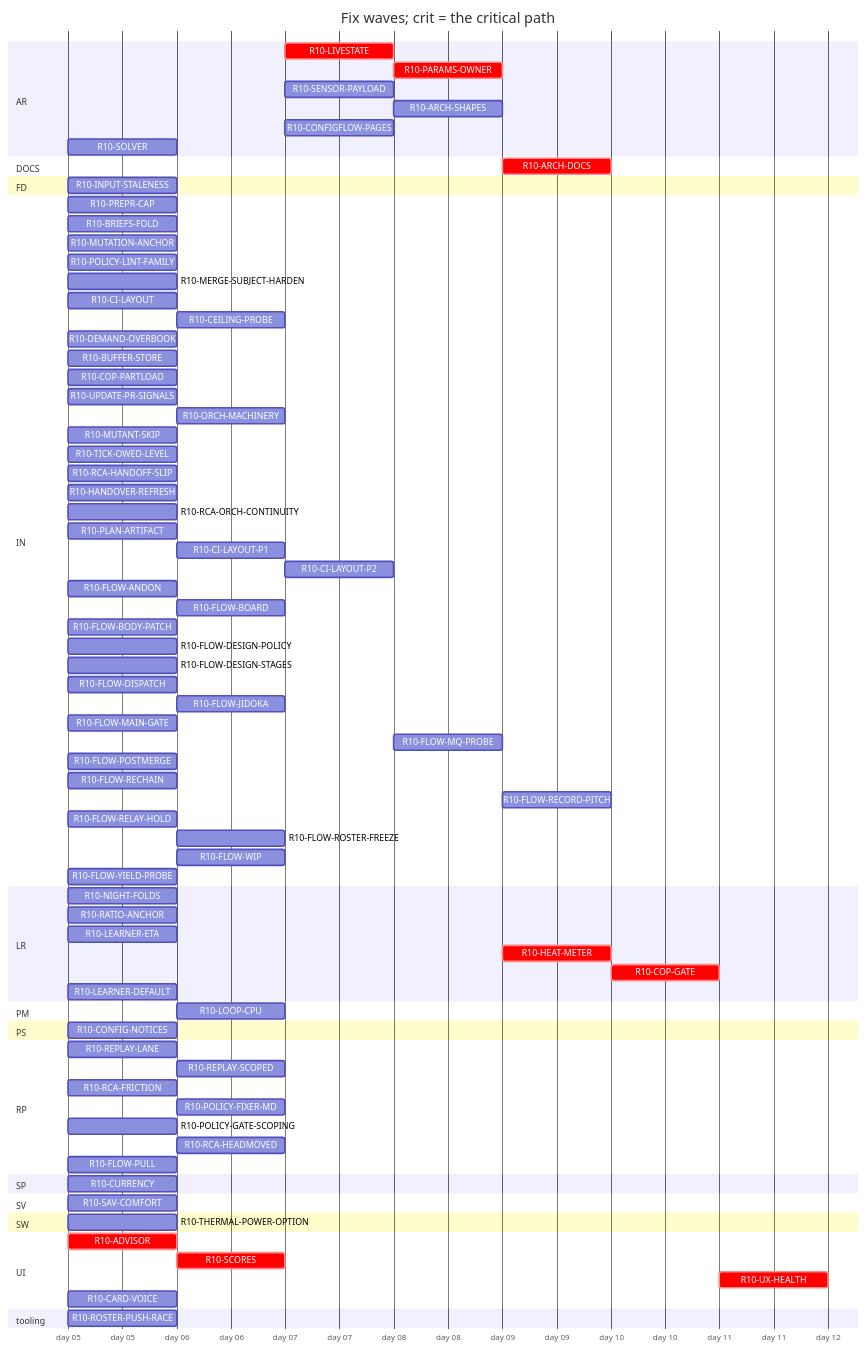
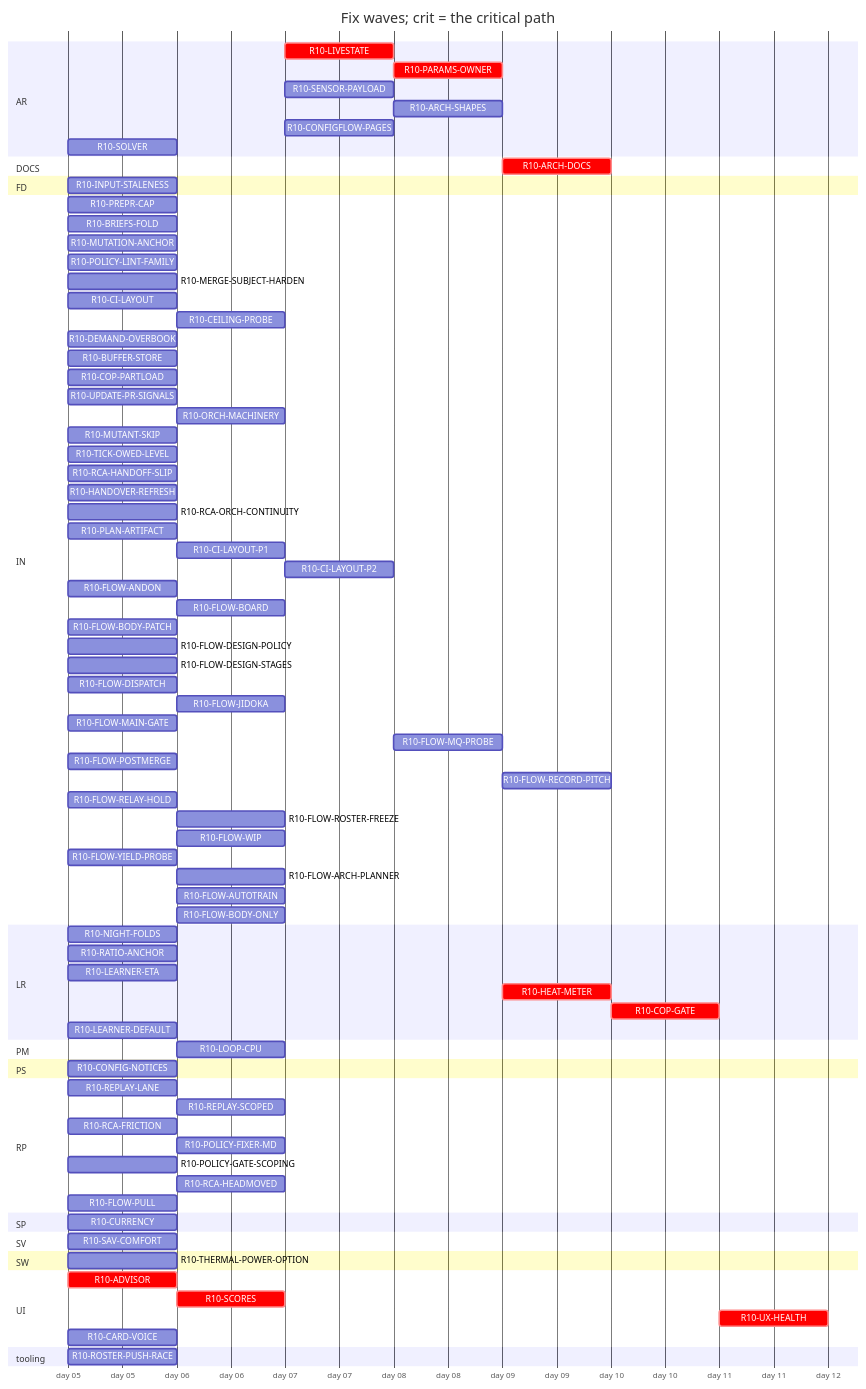
The diagram in handoff/round10/state/PLAN-TABLE.md (tvofi/heatpump_optimizer), drawn with Mermaid before and after one commit. The commit also changed other lines of this file and 2 other files, not shown here.

```diff
--- a/handoff/round10/state/PLAN-TABLE.md
+++ b/handoff/round10/state/PLAN-TABLE.md
@@ -70,12 +70,14 @@
     R10-FLOW-MAIN-GATE :r10FLOWMAINGATE, 2026-01-05, 1d
     R10-FLOW-MQ-PROBE :r10FLOWMQPROBE, after r10CILAYOUTP2, 1d
     R10-FLOW-POSTMERGE :r10FLOWPOSTMERGE, 2026-01-05, 1d
-    R10-FLOW-RECHAIN :r10FLOWRECHAIN, 2026-01-05, 1d
     R10-FLOW-RECORD-PITCH :r10FLOWRECORDPITCH, after r10CILAYOUTP2 r10FLOWPULL r10FLOWMQPROBE, 1d
     R10-FLOW-RELAY-HOLD :r10FLOWRELAYHOLD, 2026-01-05, 1d
     R10-FLOW-ROSTER-FREEZE :r10FLOWROSTERFREEZE, after r10FLOWRELAYHOLD, 1d
     R10-FLOW-WIP :r10FLOWWIP, after r10FLOWPULL, 1d
     R10-FLOW-YIELD-PROBE :r10FLOWYIELDPROBE, 2026-01-05, 1d
+    R10-FLOW-ARCH-PLANNER :r10FLOWARCHPLANNER, after r10FLOWDESIGNPOLICY, 1d
+    R10-FLOW-AUTOTRAIN :r10FLOWAUTOTRAIN, after r10FLOWPULL, 1d
+    R10-FLOW-BODY-ONLY :r10FLOWBODYONLY, after r10UPDATEPRSIGNALS r10FLOWBODYPATCH, 1d
   section LR
     R10-NIGHT-FOLDS :r10NIGHTFOLDS, 2026-01-05, 1d
     R10-RATIO-ANCHOR :r10RATIOANCHOR, 2026-01-05, 1d
```
